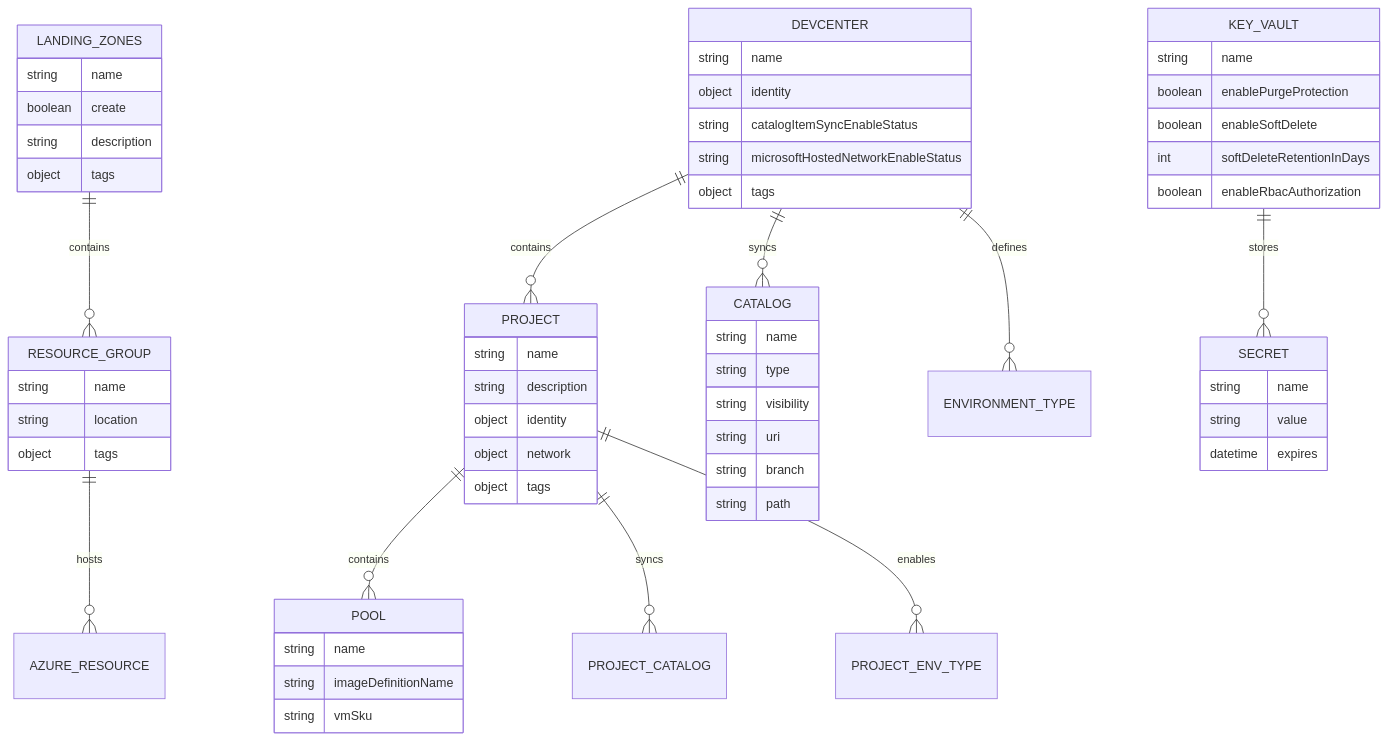
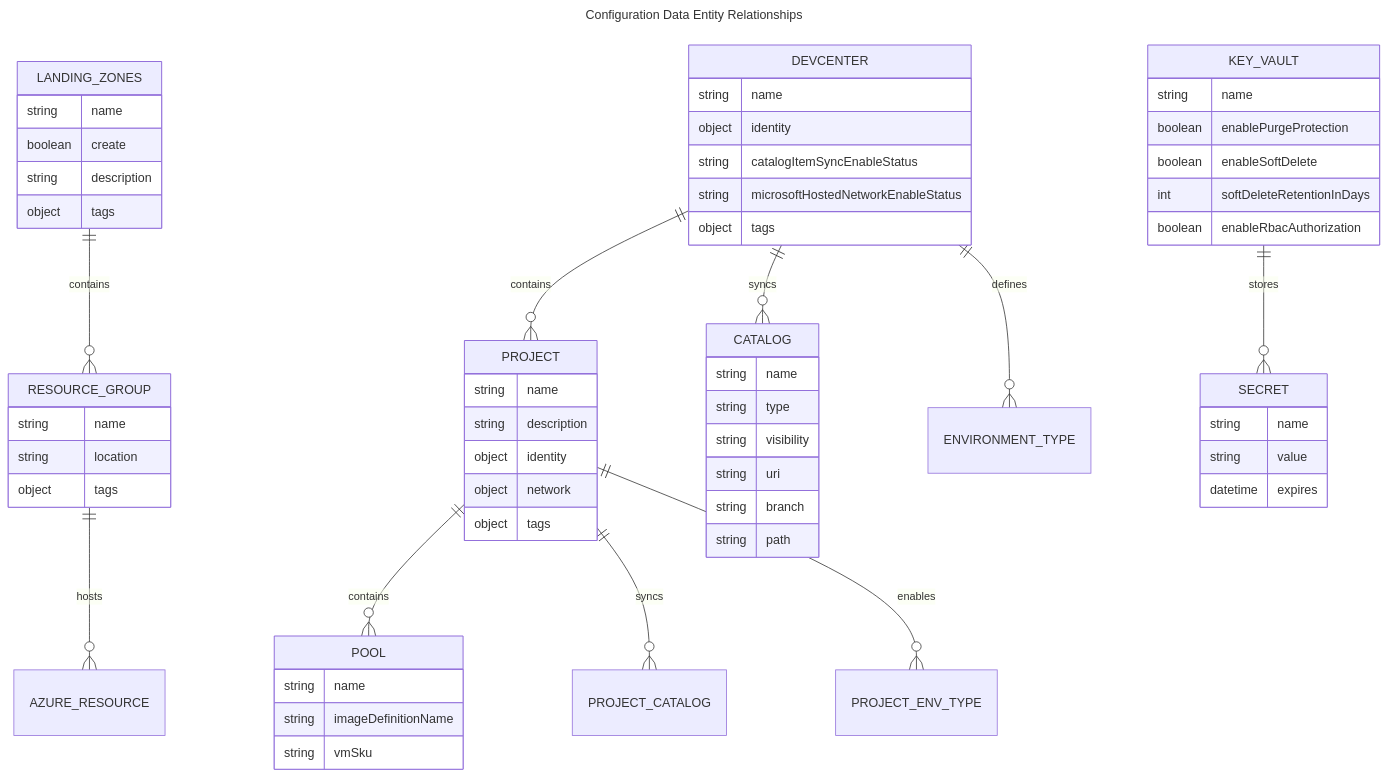
The second of 7 diagrams in docs/architecture/02-data-architecture.md (Evilazaro/DevExp-DevBox), drawn with Mermaid before and after one commit. The commit also changed other lines of this file and 2 other files, not shown here.

Commit message:
Enhance documentation for architecture files by adding titles to diagrams, improving section titles, and incorporating emojis for better clarity and navigation.

````diff
--- a/docs/architecture/02-data-architecture.md
+++ b/docs/architecture/02-data-architecture.md
@@ -123,69 +142,72 @@
 ```mermaid
+---
+title: Configuration Data Entity Relationships
+---
 erDiagram
     LANDING_ZONES ||--o{ RESOURCE_GROUP : contains
     LANDING_ZONES {
         string name
         boolean create
         string description
         object tags
     }
     
     RESOURCE_GROUP ||--o{ AZURE_RESOURCE : hosts
     RESOURCE_GROUP {
         string name
         string location
         object tags
     }
     
     DEVCENTER ||--o{ PROJECT : contains
     DEVCENTER ||--o{ CATALOG : syncs
     DEVCENTER ||--o{ ENVIRONMENT_TYPE : defines
     DEVCENTER {
         string name
         object identity
         string catalogItemSyncEnableStatus
         string microsoftHostedNetworkEnableStatus
         object tags
     }
     
     PROJECT ||--o{ POOL : contains
     PROJECT ||--o{ PROJECT_CATALOG : syncs
     PROJECT ||--o{ PROJECT_ENV_TYPE : enables
     PROJECT {
         string name
         string description
         object identity
         object network
         object tags
     }
     
     CATALOG {
         string name
         string type
         string visibility
         string uri
         string branch
         string path
     }
     
     POOL {
         string name
         string imageDefinitionName
         string vmSku
     }
     
     KEY_VAULT ||--o{ SECRET : stores
     KEY_VAULT {
         string name
         boolean enablePurgeProtection
         boolean enableSoftDelete
         int softDeleteRetentionInDays
         boolean enableRbacAuthorization
     }
     
     SECRET {
         string name
         string value
         datetime expires
     }
 ```
````
